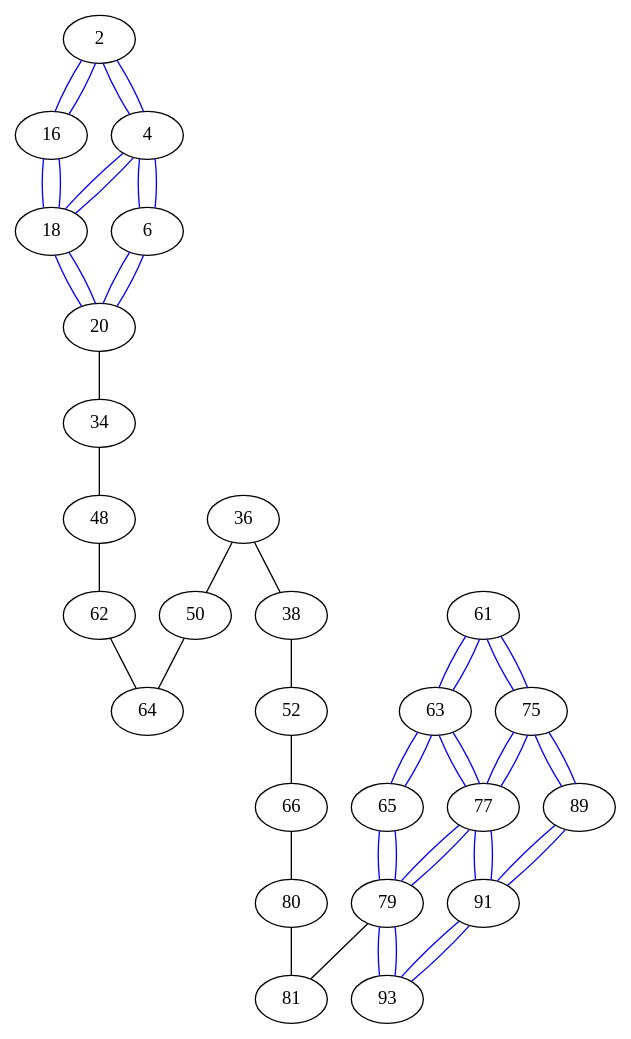
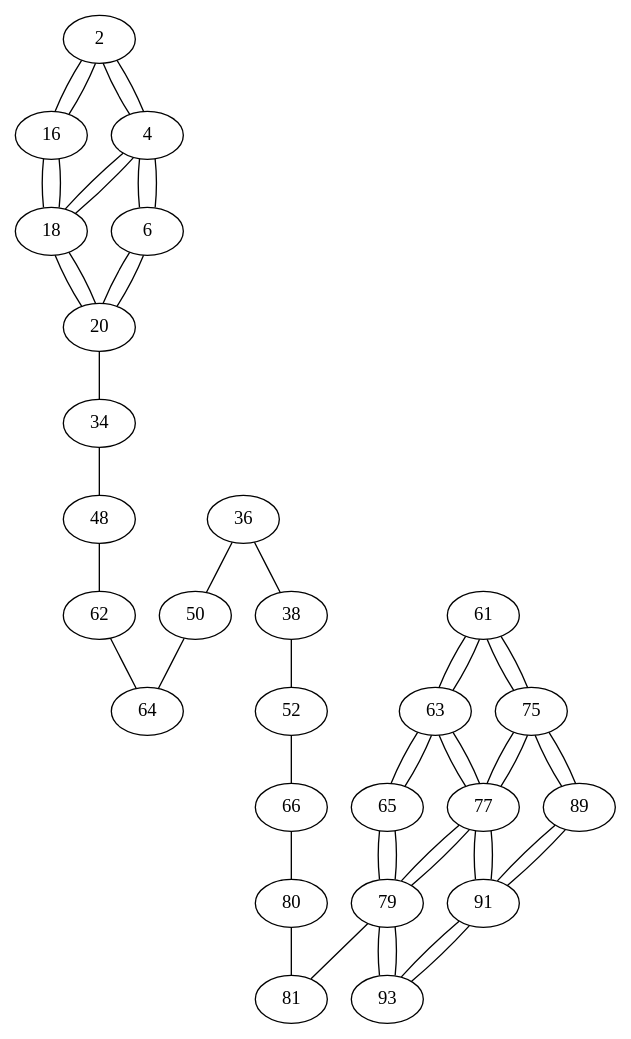
One commit to marcoputon/CircuitRouting changed the diagram in src/out/grau1.dot. Above: the diagram before and after it, drawn with Graphviz. The commit also changed 4 other files, not shown here.

```diff
--- a/src/out/grau1.dot
+++ b/src/out/grau1.dot
@@ -1,52 +1,52 @@
 graph {
-2 -- 16 [color="blue"]
-2 -- 4 [color="blue"]
-4 -- 18 [color="blue"]
-4 -- 6 [color="blue"]
-6 -- 20 [color="blue"]
-16 -- 18 [color="blue"]
-18 -- 20 [color="blue"]
-61 -- 75 [color="blue"]
-61 -- 63 [color="blue"]
-63 -- 77 [color="blue"]
-63 -- 65 [color="blue"]
-65 -- 79 [color="blue"]
-75 -- 89 [color="blue"]
-75 -- 77 [color="blue"]
-77 -- 91 [color="blue"]
-77 -- 79 [color="blue"]
-79 -- 93 [color="blue"]
-89 -- 91 [color="blue"]
-91 -- 93 [color="blue"]
+2 -- 16
+2 -- 4
+4 -- 18
+4 -- 6
+6 -- 20
+16 -- 18
+18 -- 20
+61 -- 75
+61 -- 63
+63 -- 77
+63 -- 65
+65 -- 79
+75 -- 89
+75 -- 77
+77 -- 91
+77 -- 79
+79 -- 93
+89 -- 91
+91 -- 93
 20 -- 34
 50 -- 64
 48 -- 62
 52 -- 66
 36 -- 50
 34 -- 48
 38 -- 52
 36 -- 38
 79 -- 81
 62 -- 64
 66 -- 80
 80 -- 81
-2 -- 4 [color="blue"]
-4 -- 6 [color="blue"]
-16 -- 18 [color="blue"]
-18 -- 20 [color="blue"]
-2 -- 16 [color="blue"]
-4 -- 18 [color="blue"]
-6 -- 20 [color="blue"]
-61 -- 63 [color="blue"]
-63 -- 65 [color="blue"]
-75 -- 77 [color="blue"]
-77 -- 79 [color="blue"]
-89 -- 91 [color="blue"]
-91 -- 93 [color="blue"]
-61 -- 75 [color="blue"]
-75 -- 89 [color="blue"]
-63 -- 77 [color="blue"]
-77 -- 91 [color="blue"]
-65 -- 79 [color="blue"]
-79 -- 93 [color="blue"]
+2 -- 4
+4 -- 6
+16 -- 18
+18 -- 20
+2 -- 16
+4 -- 18
+6 -- 20
+61 -- 63
+63 -- 65
+75 -- 77
+77 -- 79
+89 -- 91
+91 -- 93
+61 -- 75
+75 -- 89
+63 -- 77
+77 -- 91
+65 -- 79
+79 -- 93
 }
```
